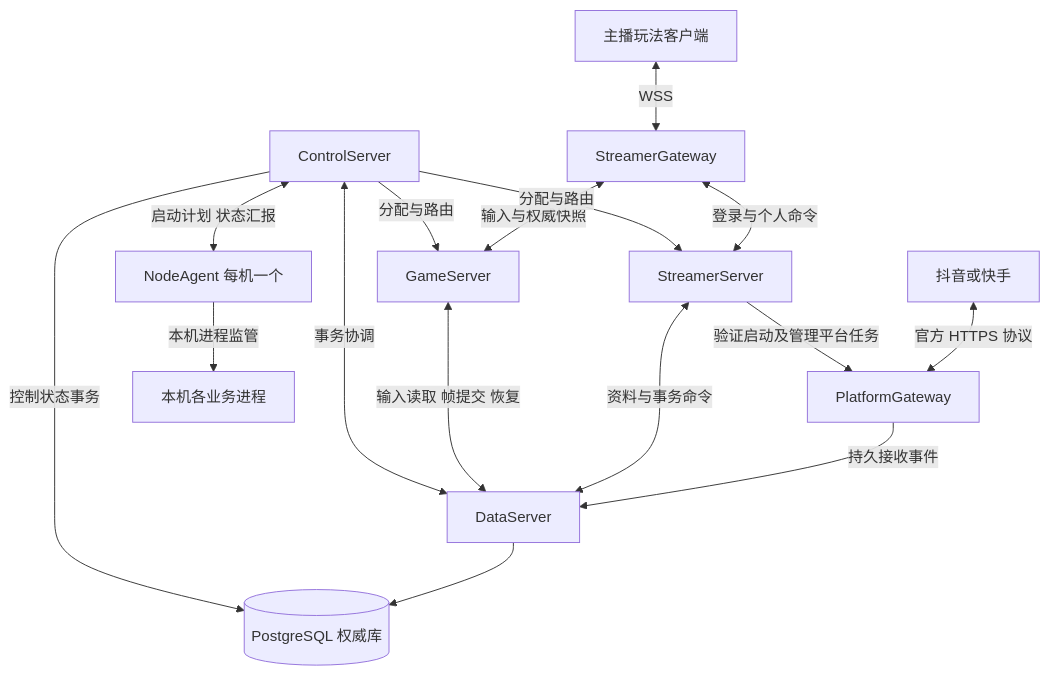
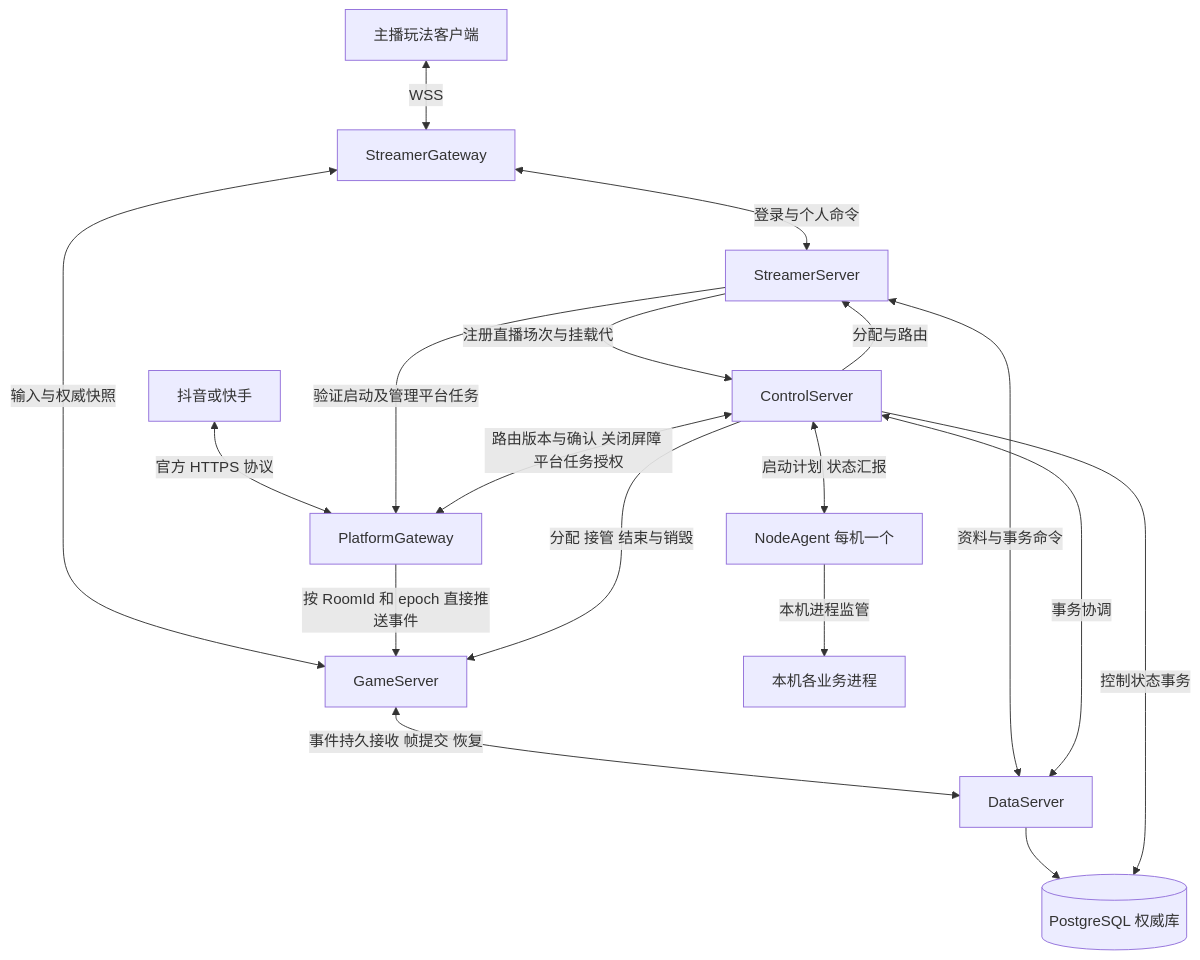
Before and after one commit to cuihairu/chorus: the second of 2 diagrams in docs/architecture/architecture.md, drawn with Mermaid. The commit also changed other lines of this file and 6 other files, not shown here.

````diff
--- a/docs/architecture/architecture.md
+++ b/docs/architecture/architecture.md
@@ -124,18 +127,20 @@
 ```mermaid
 flowchart TB
     Client[主播玩法客户端] <-->|WSS| SG[StreamerGateway]
     Platform[抖音或快手] <-->|官方 HTTPS 协议| PG[PlatformGateway]
     SG <-->|登录与个人命令| SS[StreamerServer]
     SG <-->|输入与权威快照| GS[GameServer]
     SS -->|验证启动及管理平台任务| PG
-    PG -->|持久接收事件| DS[DataServer]
+    PG -->|按 RoomId 和 epoch 直接推送事件| GS
+    GS <-->|事件持久接收 帧提交 恢复| DS[DataServer]
     SS <-->|资料与事务命令| DS
-    GS <-->|输入读取 帧提交 恢复| DS
     CS[ControlServer] <-->|事务协调| DS
     CS -->|分配与路由| SS
-    CS -->|分配与路由| GS
+    SS -->|注册直播场次与挂载代| CS
+    CS <-->|路由版本与确认 关闭屏障 平台任务授权| PG
+    CS -->|分配 接管 结束与销毁| GS
     CS <-->|启动计划 状态汇报| NA[NodeAgent 每机一个]
     NA -->|本机进程监管| Roles[本机各业务进程]
     DS --> DB[(PostgreSQL 权威库)]
     CS -->|控制状态事务| DB
 ```
````
